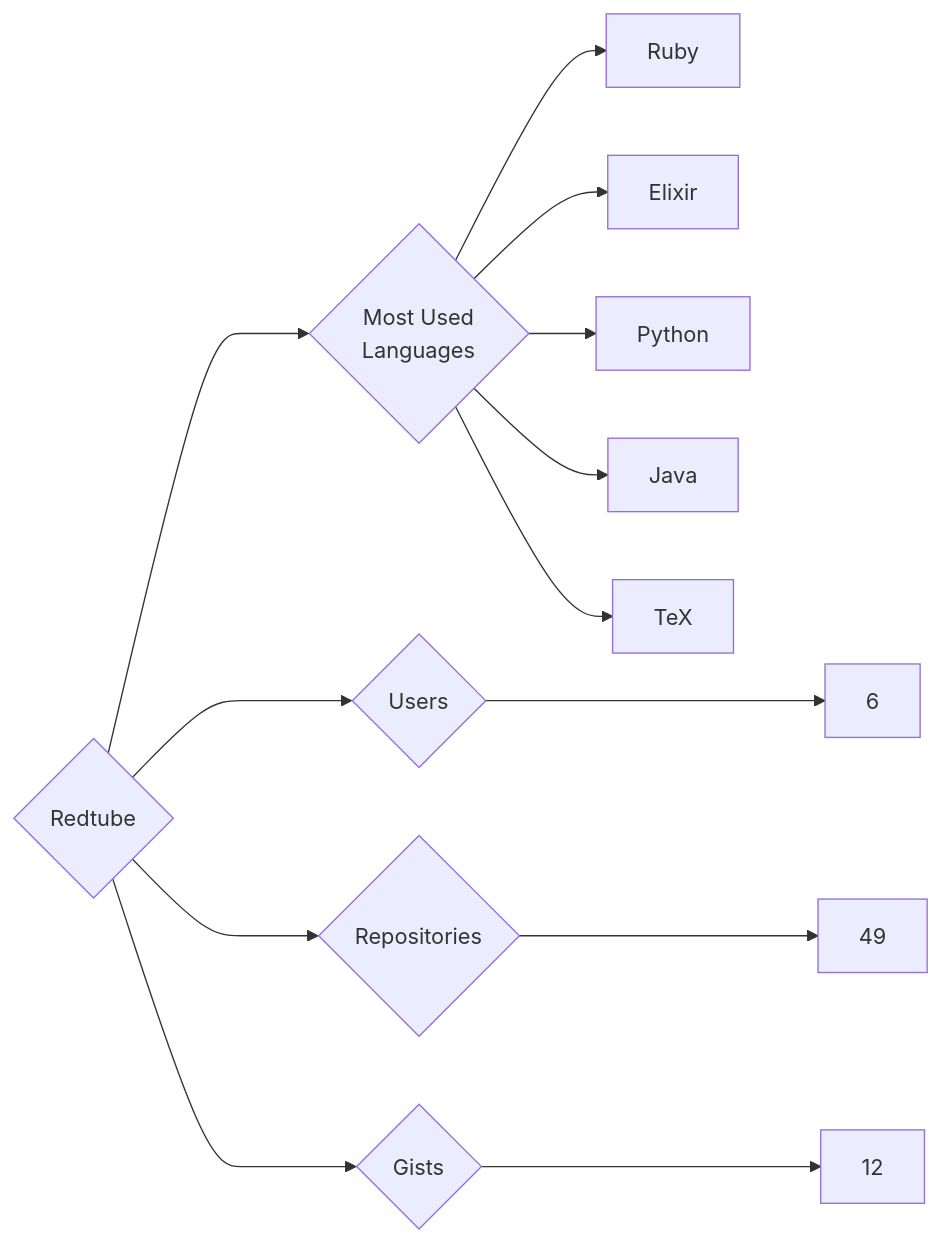
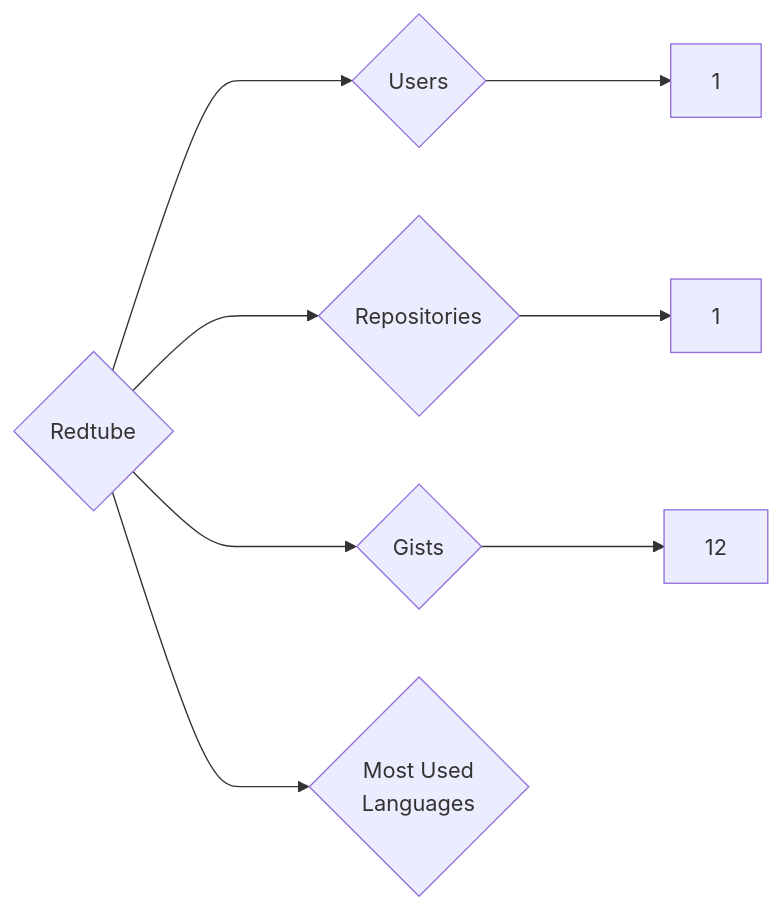
One commit to trickest/insiders changed the diagram in targets/Redtube/README.md. Above: the diagram before and after it, drawn with Mermaid. The commit also changed 1484 other files, not shown here.

````diff
--- a/targets/Redtube/README.md
+++ b/targets/Redtube/README.md
@@ -3,13 +3,8 @@
 ```mermaid
 graph LR
 COMPANY_NAME{Redtube}
-COMPANY_NAME ---> U{Users} ---> UN[6]
-COMPANY_NAME ---> R{Repositories} ---> RN[49]
+COMPANY_NAME ---> U{Users} ---> UN[1]
+COMPANY_NAME ---> R{Repositories} ---> RN[1]
 COMPANY_NAME ---> G{Gists} ---> GN[12]
 COMPANY_NAME ---> ML{Most Used<br>Languages}
-ML --> Ruby[Ruby]
-ML --> Elixir[Elixir]
-ML --> Python[Python]
-ML --> Java[Java]
-ML --> TeX[TeX]
 ```
````
